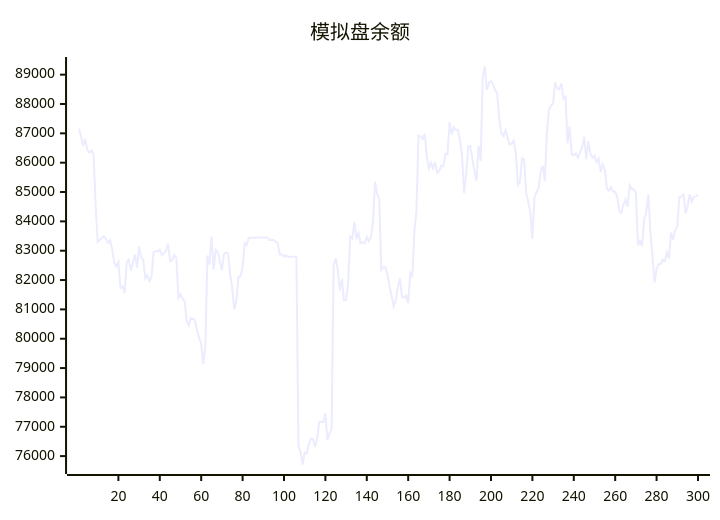
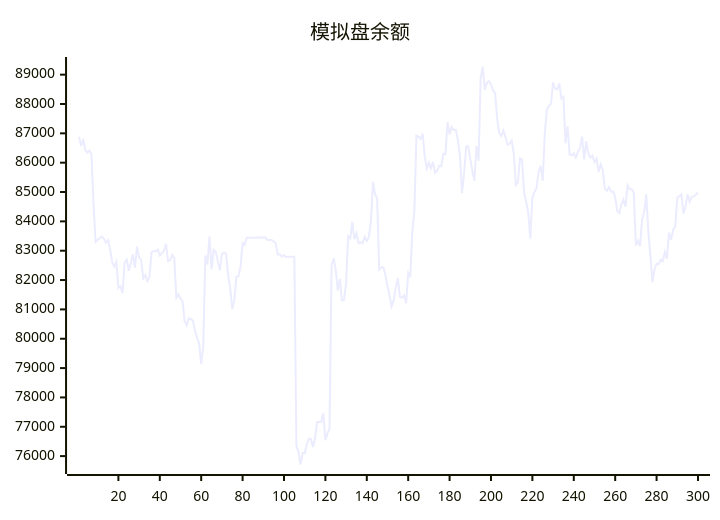
Before and after one commit to aahl/ai-trading: the diagram in README.md, drawn with Mermaid. The commit also changed other lines of this file and 1 other file, not shown here.

````diff
--- a/README.md
+++ b/README.md
@@ -5,5 +5,5 @@
 ```mermaid
 xychart
     title "模拟盘余额"
-    line [87164,86885,86566,86809,86427,86348,86417,86273,84538,83299,83369,83430,83490,83404,83270,83362,83056,82605,82459,82614,81734,81788,81551,82598,82702,82320,82580,82878,82426,83139,82778,82686,82056,82166,81963,82110,82951,82983,82984,83038,82838,82915,82998,83235,82642,82682,82858,82746,81396,81512,81362,81277,80600,80461,80699,80673,80616,80288,80038,79836,79142,79722,82837,82533,83480,82366,83032,82960,82654,82330,82883,82934,82901,82188,81728,81005,81298,82110,82135,82449,83264,83203,83440,83439,83440,83440,83446,83447,83448,83447,83448,83449,83369,83369,83369,83313,83256,82872,82873,82801,82844,82785,82791,82791,82793,82794,76339,76145,75714,76110,76096,76397,76594,76585,76310,76607,77160,77170,77160,77456,76541,76774,76927,82520,82744,82337,81639,82040,81307,81314,81887,83490,83414,83984,83396,83594,83261,83287,83253,83470,83327,83465,83987,85348,84930,84786,82355,82433,82438,82167,81795,81466,81105,81315,81756,82064,81426,81398,81481,81210,82242,82099,83658,84359,86925,86892,86814,86980,86203,85802,86003,85811,86028,85657,85721,85896,85880,86300,86299,87378,86965,87214,87115,87118,86780,86238,84966,85623,86555,86562,86129,85722,85387,86569,86070,88870,89278,88477,88720,88781,88668,88467,88372,87493,87018,86917,87102,86870,86613,86644,86758,86317,85242,85334,86149,86106,84968,84671,84302,83410,84816,85001,85127,85693,85891,85384,87001,87811,87945,88007,88734,88528,88495,88705,88189,88248,86662,87234,86279,86251,86314,86177,86364,86503,86886,86114,86731,86310,86176,86240,86017,86136,85685,85938,85749,85111,85044,85164,85016,85008,84824,84354,84287,84572,84745,84500,85234,85096,85095,84970,83180,83338,83157,84070,84309,84922,83667,82850,81924,82369,82552,82539,82695,82648,82962,82728,83619,83378,83710,83825,84819,84854,84917,84265,84527,84919,84668,84834,84850,84916]
+    line [86885,86566,86809,86427,86348,86417,86273,84538,83299,83369,83430,83490,83404,83270,83362,83056,82605,82459,82614,81734,81788,81551,82598,82702,82320,82580,82878,82426,83139,82778,82686,82056,82166,81963,82110,82951,82983,82984,83038,82838,82915,82998,83235,82642,82682,82858,82746,81396,81512,81362,81277,80600,80461,80699,80673,80616,80288,80038,79836,79142,79722,82837,82533,83480,82366,83032,82960,82654,82330,82883,82934,82901,82188,81728,81005,81298,82110,82135,82449,83264,83203,83440,83439,83440,83440,83446,83447,83448,83447,83448,83449,83369,83369,83369,83313,83256,82872,82873,82801,82844,82785,82791,82791,82793,82794,76339,76145,75714,76110,76096,76397,76594,76585,76310,76607,77160,77170,77160,77456,76541,76774,76927,82520,82744,82337,81639,82040,81307,81314,81887,83490,83414,83984,83396,83594,83261,83287,83253,83470,83327,83465,83987,85348,84930,84786,82355,82433,82438,82167,81795,81466,81105,81315,81756,82064,81426,81398,81481,81210,82242,82099,83658,84359,86925,86892,86814,86980,86203,85802,86003,85811,86028,85657,85721,85896,85880,86300,86299,87378,86965,87214,87115,87118,86780,86238,84966,85623,86555,86562,86129,85722,85387,86569,86070,88870,89278,88477,88720,88781,88668,88467,88372,87493,87018,86917,87102,86870,86613,86644,86758,86317,85242,85334,86149,86106,84968,84671,84302,83410,84816,85001,85127,85693,85891,85384,87001,87811,87945,88007,88734,88528,88495,88705,88189,88248,86662,87234,86279,86251,86314,86177,86364,86503,86886,86114,86731,86310,86176,86240,86017,86136,85685,85938,85749,85111,85044,85164,85016,85008,84824,84354,84287,84572,84745,84500,85234,85096,85095,84970,83180,83338,83157,84070,84309,84922,83667,82850,81924,82369,82552,82539,82695,82648,82962,82728,83619,83378,83710,83825,84819,84854,84917,84265,84527,84919,84668,84834,84850,84916,84981]
 ```
````
